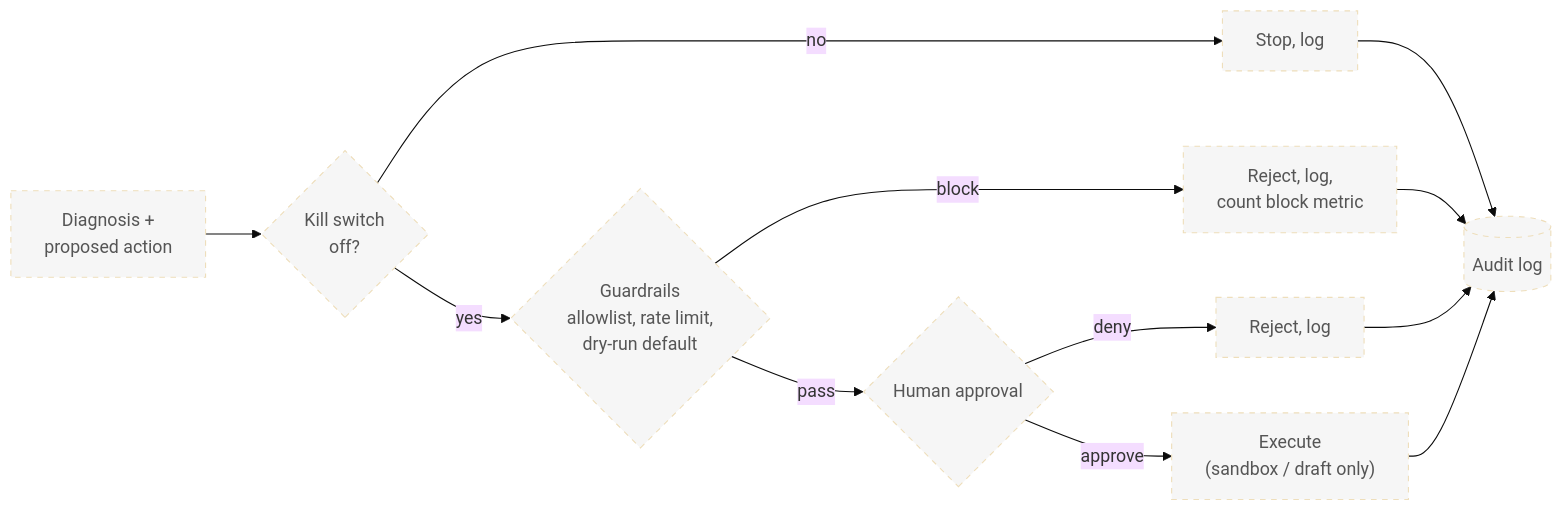
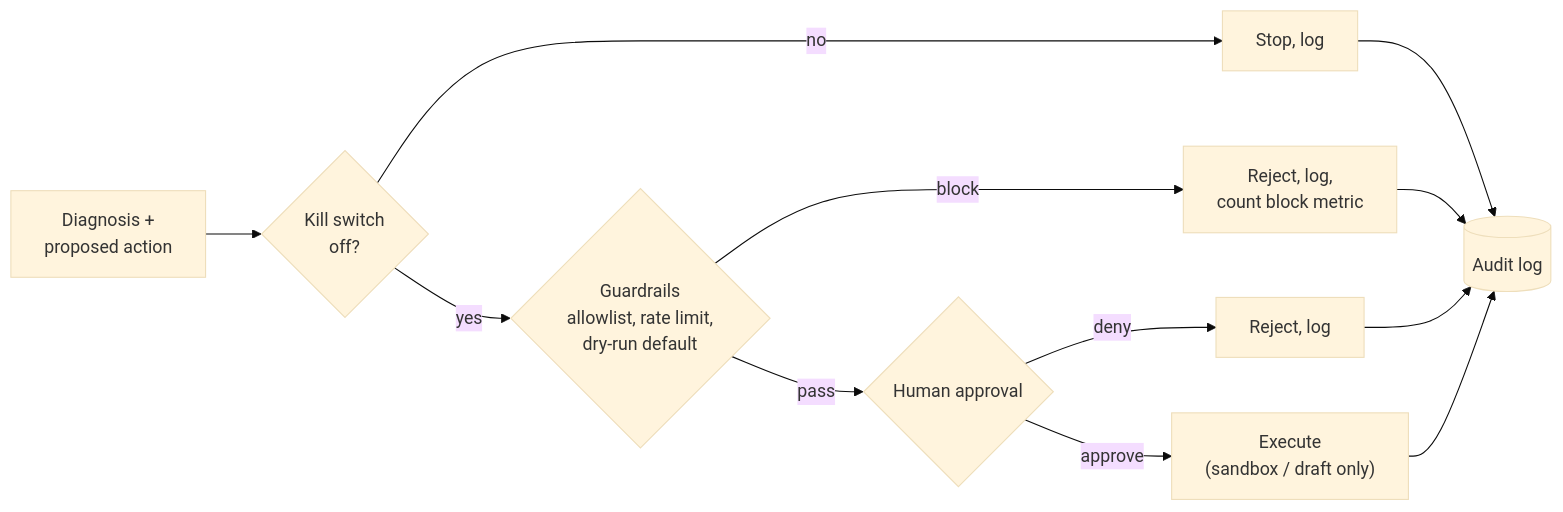
One commit to ankgupt9/agentic-incident-response changed the third of 3 diagrams in docs/architecture.md. Above: the diagram before and after it, drawn with Mermaid (base theme). The commit also changed other lines of this file and 23 other files, not shown here.

````diff
--- a/docs/architecture.md
+++ b/docs/architecture.md
@@ -107,17 +106,15 @@
 ```mermaid
 flowchart LR
     D["Diagnosis +<br/>proposed action"] --> KS{"Kill switch<br/>off?"}
     KS -- "no" --> STOP1["Stop, log"]
     KS -- "yes" --> GR{"Guardrails<br/>allowlist, rate limit,<br/>dry-run default"}
     GR -- "block" --> STOP2["Reject, log,<br/>count block metric"]
     GR -- "pass" --> HUM{"Human approval"}
     HUM -- "deny" --> STOP3["Reject, log"]
     HUM -- "approve" --> EX["Execute<br/>(sandbox / draft only)"]
     EX --> AUD[("Audit log")]
     STOP1 --> AUD
     STOP2 --> AUD
     STOP3 --> AUD
 
-    classDef planned stroke-dasharray: 5 5,fill:#f6f6f6,color:#555;
-    class D,KS,GR,HUM,EX,AUD,STOP1,STOP2,STOP3 planned;
 ```
````
